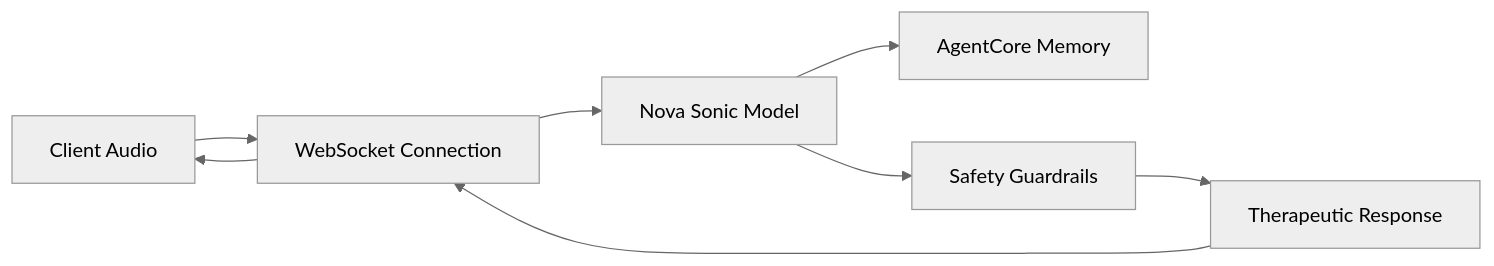
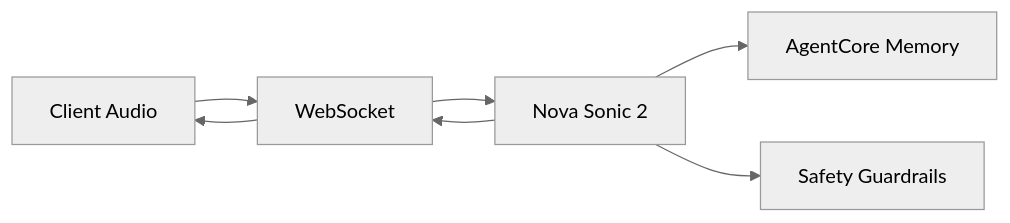
Before and after one commit to work2fly/AWS-hackathon-man07: the second of 2 diagrams in .kiro/specs/ai-therapy-platform/design.md, drawn with Mermaid (neutral theme). The commit also changed other lines of this file, not shown here.

First line of the commit message:
feat: simplify architecture with Nova Sonic 2 for hackathon

````diff
--- a/.kiro/specs/ai-therapy-platform/design.md
+++ b/.kiro/specs/ai-therapy-platform/design.md
@@ -114,10 +108,9 @@
 ```mermaid
 graph LR
-    CLIENT[Client Audio] --> WEBSOCKET[WebSocket Connection]
-    WEBSOCKET --> NOVA[Nova Sonic Model]
-    NOVA --> AGENTCORE[AgentCore Memory]
-    NOVA --> GUARDRAILS[Safety Guardrails]
-    GUARDRAILS --> RESPONSE[Therapeutic Response]
-    RESPONSE --> WEBSOCKET
+    CLIENT[Client Audio] --> WEBSOCKET[WebSocket]
+    WEBSOCKET --> NOVA2[Nova Sonic 2]
+    NOVA2 --> AGENTCORE[AgentCore Memory]
+    NOVA2 --> GUARDRAILS[Safety Guardrails]
+    NOVA2 --> WEBSOCKET
     WEBSOCKET --> CLIENT
 ```
````
